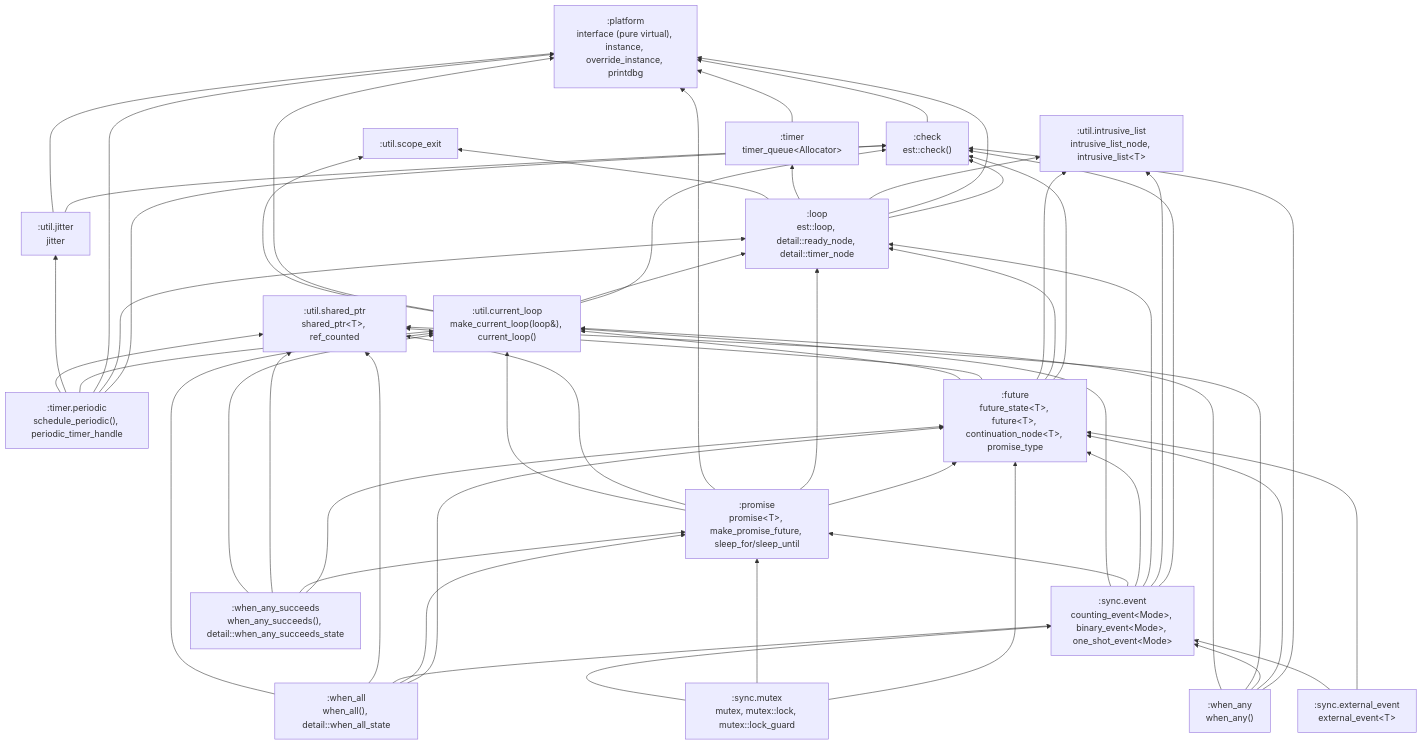
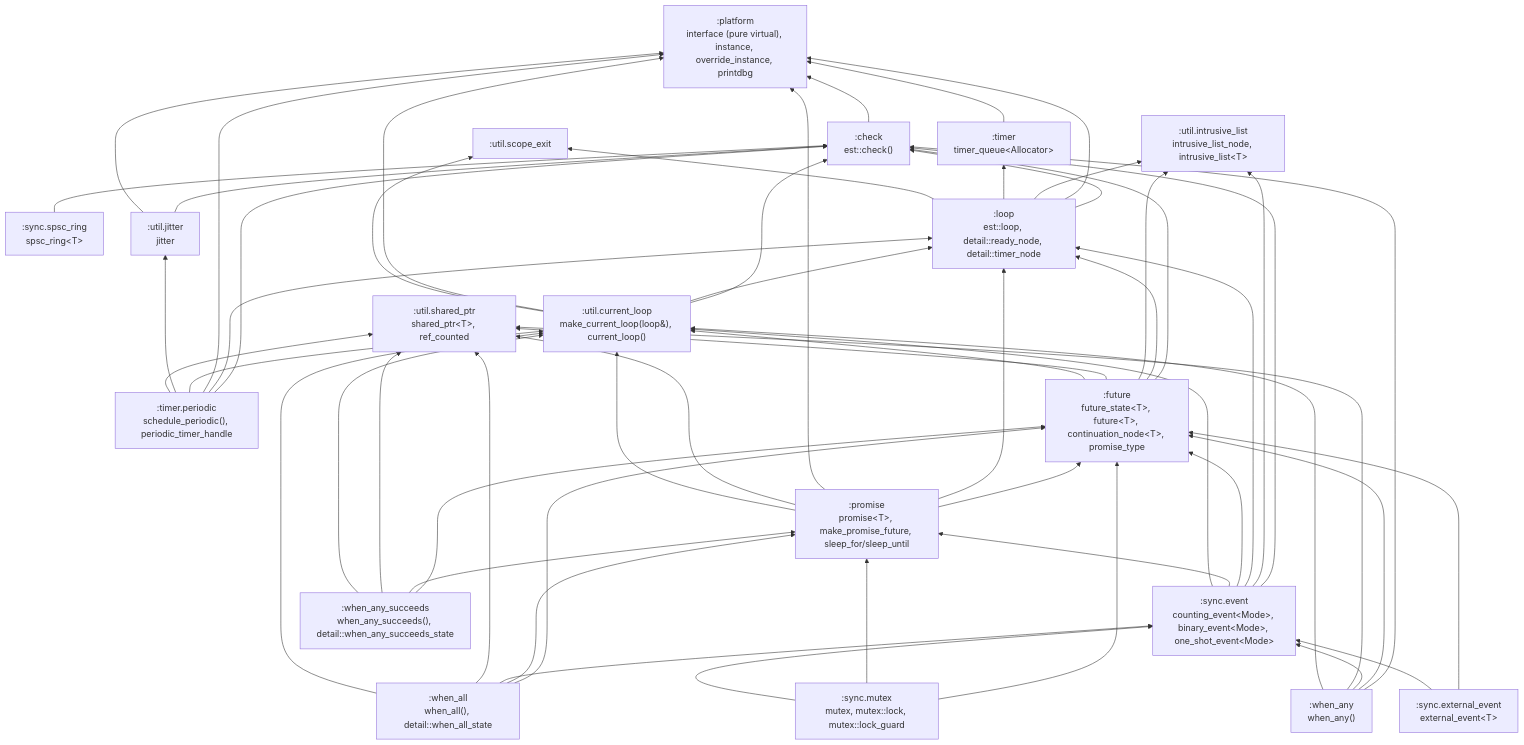
Before and after one commit to andijcr/async_experiments: the first of 2 diagrams in docs/wiki/Architecture.md, drawn with Mermaid. The commit also changed other lines of this file and 8 other files, not shown here.

First line of the commit message:
Add est::spsc_ring<T> lock-free bounded queue (issue #96)

````diff
--- a/docs/wiki/Architecture.md
+++ b/docs/wiki/Architecture.md
@@ -10,76 +10,78 @@
 ```mermaid
 graph BT
   platform[":platform<br/>interface (pure virtual), instance, override_instance, printdbg"]
   check[":check<br/>est::check()"]
   scope_exit[":util.scope_exit"]
   shared_ptr[":util.shared_ptr<br/>shared_ptr&lt;T&gt;, ref_counted"]
   intrusive_list[":util.intrusive_list<br/>intrusive_list_node, intrusive_list&lt;T&gt;"]
   event[":sync.event<br/>counting_event&lt;Mode&gt;, binary_event&lt;Mode&gt;, one_shot_event&lt;Mode&gt;"]
   external_event[":sync.external_event<br/>external_event&lt;T&gt;"]
+  spsc_ring[":sync.spsc_ring<br/>spsc_ring&lt;T&gt;"]
   mutex[":sync.mutex<br/>mutex, mutex::lock, mutex::lock_guard"]
   timer[":timer<br/>timer_queue&lt;Allocator&gt;"]
   loop[":loop<br/>est::loop, detail::ready_node, detail::timer_node"]
   current_loop[":util.current_loop<br/>make_current_loop(loop&amp;), current_loop()"]
   jitter[":util.jitter<br/>jitter"]
   timer_periodic[":timer.periodic<br/>schedule_periodic(), periodic_timer_handle"]
   future[":future<br/>future_state&lt;T&gt;, future&lt;T&gt;, continuation_node&lt;T&gt;, promise_type"]
   promise[":promise<br/>promise&lt;T&gt;, make_promise_future, sleep_for/sleep_until"]
   when_all[":when_all<br/>when_all(), detail::when_all_state"]
   when_any[":when_any<br/>when_any()"]
   when_any_succeeds[":when_any_succeeds<br/>when_any_succeeds(), detail::when_any_succeeds_state"]
 
   check --> platform
   event --> check
   event --> intrusive_list
   event --> loop
   event --> future
   event --> promise
   event --> current_loop
   external_event --> future
   external_event --> event
+  spsc_ring --> check
   mutex --> future
   mutex --> promise
   mutex --> event
   timer --> platform
   loop --> check
   loop --> platform
   loop --> intrusive_list
   loop --> timer
   loop --> scope_exit
   current_loop --> check
   current_loop --> loop
   current_loop --> platform
   current_loop --> scope_exit
   jitter --> check
   jitter --> platform
   timer_periodic --> check
   timer_periodic --> loop
   timer_periodic --> platform
   timer_periodic --> current_loop
   timer_periodic --> jitter
   timer_periodic --> shared_ptr
   future --> check
   future --> loop
   future --> intrusive_list
   future --> shared_ptr
   future --> current_loop
   promise --> future
   promise --> loop
   promise --> platform
   promise --> shared_ptr
   promise --> current_loop
   when_all --> future
   when_all --> promise
   when_all --> event
   when_all --> shared_ptr
   when_all --> current_loop
   when_any --> check
   when_any --> future
   when_any --> event
   when_any --> shared_ptr
   when_any --> current_loop
   when_any_succeeds --> future
   when_any_succeeds --> promise
   when_any_succeeds --> shared_ptr
   when_any_succeeds --> current_loop
 ```
````
